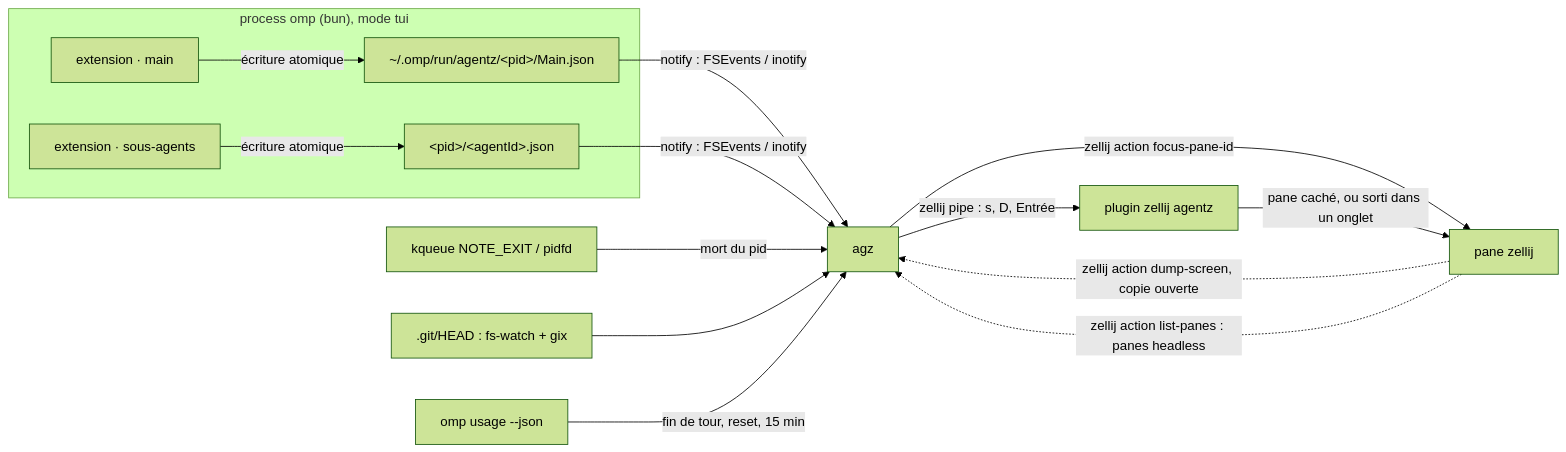
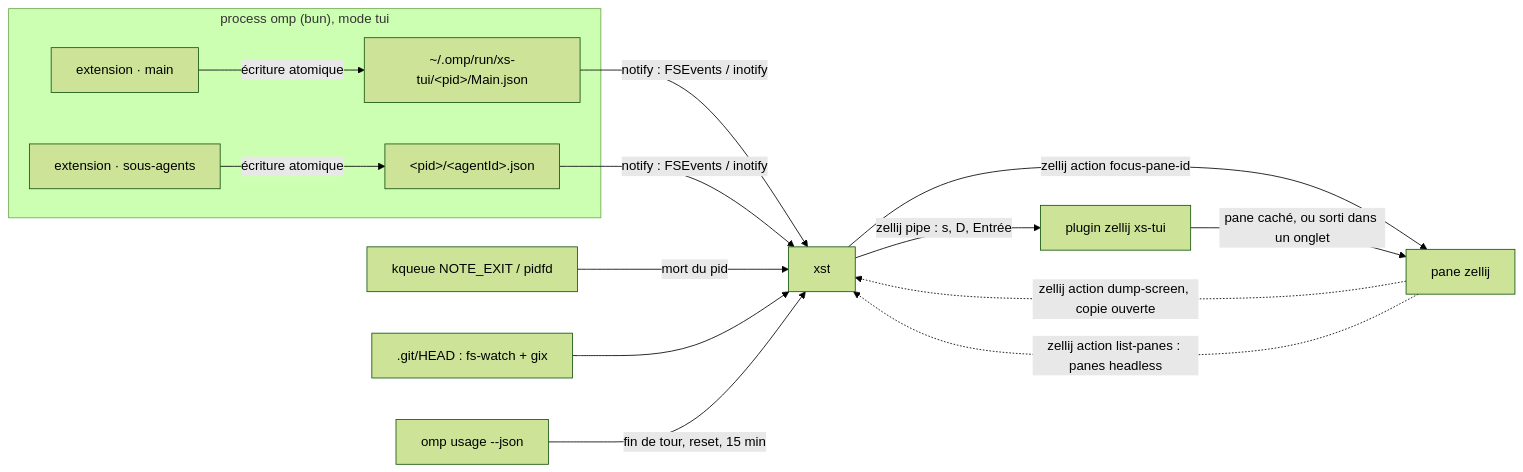
The diagram in SPEC.md (scolomer/xs-tui), drawn with Mermaid (forest theme) before and after one commit. The commit also changed other lines of this file and 19 other files, not shown here.

First line of the commit message:
Rename the app to xs-tui, with the xst command

````diff
--- a/SPEC.md
+++ b/SPEC.md
@@ -26,16 +27,16 @@
 ```mermaid
 flowchart LR
   subgraph omp["process omp (bun), mode tui"]
-    M[extension · main] -->|écriture atomique| F1["~/.omp/run/agentz/&lt;pid&gt;/Main.json"]
+    M[extension · main] -->|écriture atomique| F1["~/.omp/run/xs-tui/&lt;pid&gt;/Main.json"]
     S[extension · sous-agents] -->|écriture atomique| F2["&lt;pid&gt;/&lt;agentId&gt;.json"]
   end
-  F1 & F2 -->|notify : FSEvents / inotify| T[agz]
+  F1 & F2 -->|notify : FSEvents / inotify| T[xst]
   K[kqueue NOTE_EXIT / pidfd] -->|mort du pid| T
   G[".git/HEAD : fs-watch + gix"] --> T
   T -->|zellij action focus-pane-id| Z[pane zellij]
   Z -.->|zellij action dump-screen, copie ouverte| T
-  T -->|zellij pipe : s, D, Entrée| P[plugin zellij agentz]
+  T -->|zellij pipe : s, D, Entrée| P[plugin zellij xs-tui]
   P -->|pane caché, ou sorti dans un onglet| Z
   Z -.->|zellij action list-panes : panes headless| T
   U["omp usage --json"] -->|fin de tour, reset, 15 min| T
 ```
````
